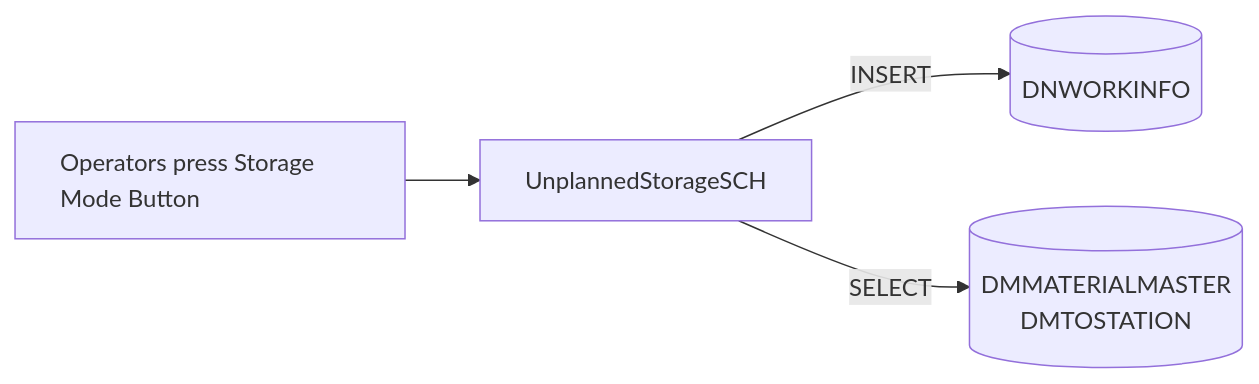
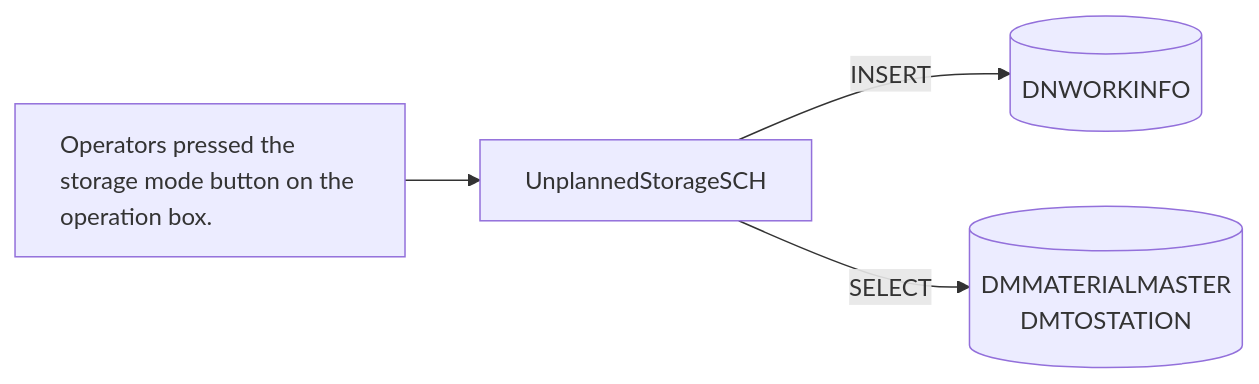
One commit to luthfiadityaa/SimeDarby-Wiki changed the first of 21 diagrams in Basic-Design/DFD-WMS/Storage/Unplanned-Storage/Unplanned-Storage-from-HP.md. Above: the diagram before and after it, drawn with Mermaid.

Commit message:
Updated Unplanned Storage from HP

```diff
--- a/Basic-Design/DFD-WMS/Storage/Unplanned-Storage/Unplanned-Storage-from-HP.md
+++ b/Basic-Design/DFD-WMS/Storage/Unplanned-Storage/Unplanned-Storage-from-HP.md
@@ -51,24 +51,24 @@
 ::: mermaid
 flowchart LR
     input[
-        Operators press Storage Mode Button       
+        Operators pressed the storage mode button on the operation box.      
     ]
 
     tableList-insert[("
         DNWORKINFO
     ")]
 
     tableList-select[("
         DMMATERIALMASTER
         DMTOSTATION
     ")]
 
 
     className[UnplannedStorageSCH]
 
     input --> className --> |INSERT| tableList-insert
     className --> |SELECT| tableList-select
 
     classDef leftAlign text-align:left;
     class input leftAlign;
 :::
```
